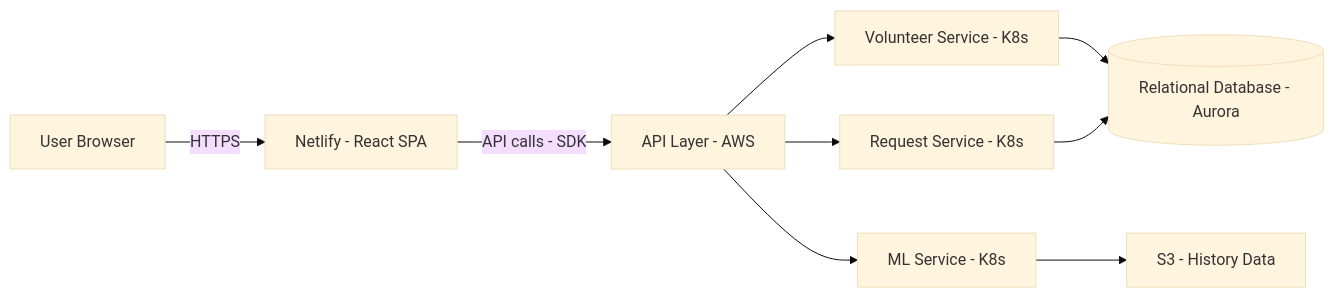
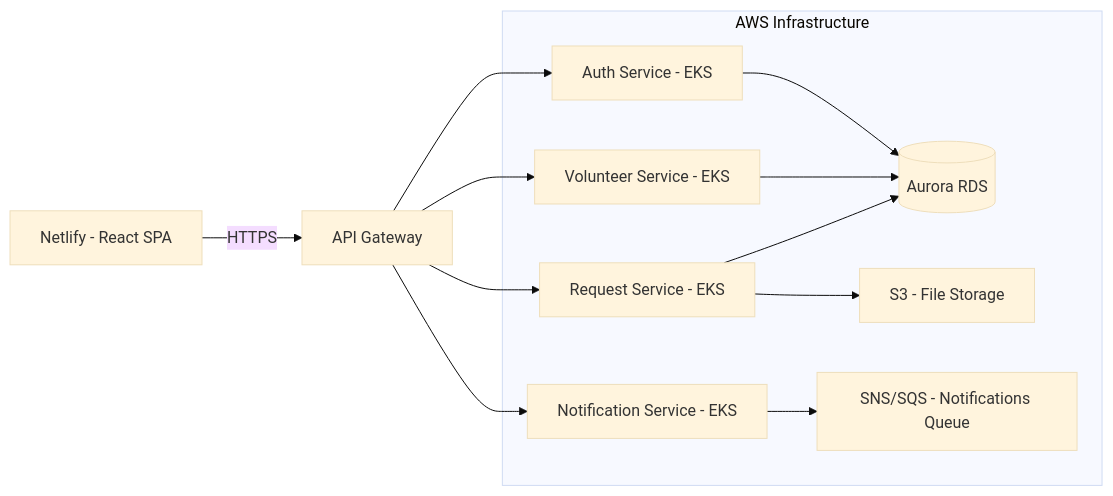
The first of 2 diagrams in docs/Saayam-Test-Architecture.md (saayam-for-all/devsecops), drawn with Mermaid (base theme) before and after one commit. The commit also changed other lines of this file, not shown here.

````diff
--- a/docs/Saayam-Test-Architecture.md
+++ b/docs/Saayam-Test-Architecture.md
@@ -24,11 +24,22 @@
 ```mermaid
 flowchart LR
-    A[User Browser] -->|HTTPS| B[Netlify - React SPA]
-    B -->|API calls - SDK| C[API Layer - AWS]
-    C --> D[Volunteer Service - K8s]
-    C --> E[Request Service - K8s]
-    C --> F[ML Service - K8s]
-    D --> G[(Relational Database - Aurora)]
+    A[Netlify - React SPA] -->|HTTPS| B[API Gateway]
+    B --> C[Auth Service - EKS]
+    B --> D[Volunteer Service - EKS]
+    B --> E[Request Service - EKS]
+    B --> F[Notification Service - EKS]
+    C --> G[(Aurora RDS)]
+    D --> G
     E --> G
-    F --> H[S3 - History Data]
+    F --> H[SNS/SQS - Notifications Queue]
+    E --> I[S3 - File Storage]
+    subgraph AWS Infrastructure
+        C
+        D
+        E
+        F
+        G
+        H
+        I
+    end
 ```
````
